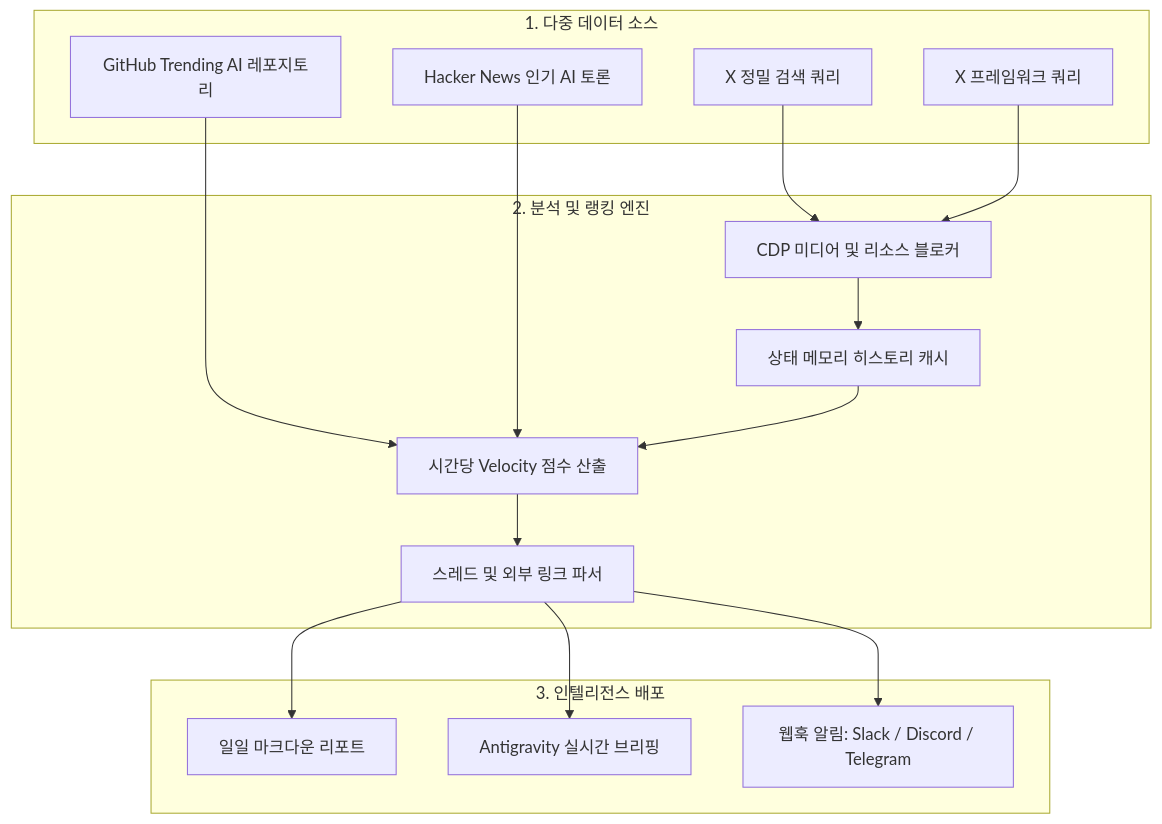
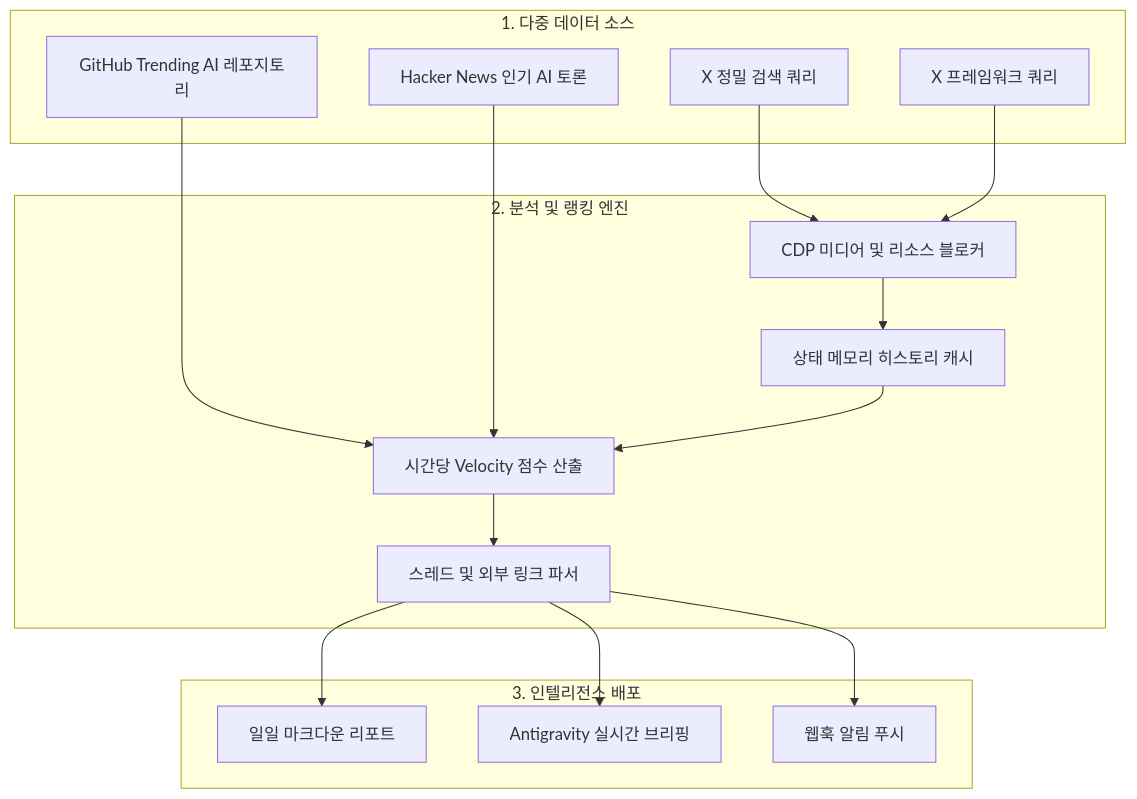
One commit to nanbada/X-AI-Radar changed the diagram in README_KO.md. Above: the diagram before and after it, drawn with Mermaid. The commit also changed 2 other files, not shown here.

Commit message:
fix(docs): refactor Mermaid diagram to graph TD with clean subgraph IDs for 100% GitHub compatibility

````diff
--- a/README_KO.md
+++ b/README_KO.md
@@ -48,33 +48,33 @@
 ```mermaid
-flowchart TD
-    subgraph Sources["1. 다중 데이터 소스"]
-        A1["X 정밀 검색 쿼리"]
-        A2["X 프레임워크 쿼리"]
-        A3["GitHub Trending AI 레포지토리"]
-        A4["Hacker News 인기 AI 토론"]
+graph TD
+    subgraph S1 [1. 다중 데이터 소스]
+        A1[X 정밀 검색 쿼리]
+        A2[X 프레임워크 쿼리]
+        A3[GitHub Trending AI 레포지토리]
+        A4[Hacker News 인기 AI 토론]
     end
 
-    subgraph Core["2. 분석 및 랭킹 엔진"]
-        B1["CDP 미디어 및 리소스 블로커"]
-        B2["상태 메모리 히스토리 캐시"]
-        B3["시간당 Velocity 점수 산출"]
-        B4["스레드 및 외부 링크 파서"]
+    subgraph S2 [2. 분석 및 랭킹 엔진]
+        B1[CDP 미디어 및 리소스 블로커]
+        B2[상태 메모리 히스토리 캐시]
+        B3[시간당 Velocity 점수 산출]
+        B4[스레드 및 외부 링크 파서]
     end
 
-    subgraph Outputs["3. 인텔리전스 배포"]
-        C1["일일 마크다운 리포트"]
-        C2["Antigravity 실시간 브리핑"]
-        C3["웹훅 알림: Slack / Discord / Telegram"]
+    subgraph S3 [3. 인텔리전스 배포]
+        C1[일일 마크다운 리포트]
+        C2[Antigravity 실시간 브리핑]
+        C3[웹훅 알림 푸시]
     end
 
     A1 --> B1
     A2 --> B1
     A3 --> B3
     A4 --> B3
     B1 --> B2
     B2 --> B3
     B3 --> B4
     B4 --> C1
     B4 --> C2
     B4 --> C3
 ```
````
